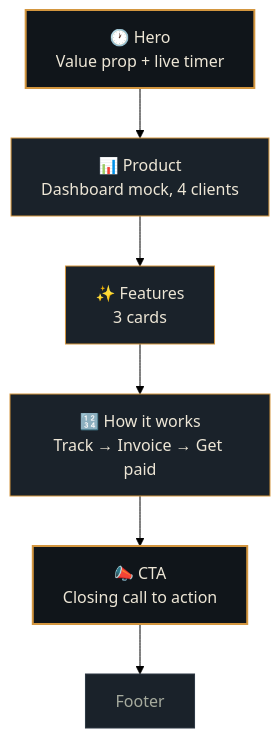
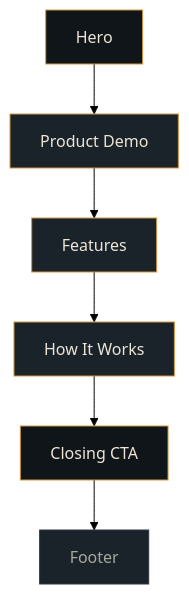
One commit to HiteshTh/stint-landing changed the diagram in README.md. Above: the diagram before and after it, drawn with Mermaid (forest theme). The commit also changed other lines of this file, not shown here.

Commit message:
Revise flowchart and section descriptions in README
Updated flowchart and table content for clarity.

````diff
--- a/README.md
+++ b/README.md
@@ -66,15 +66,15 @@
 ```mermaid
 flowchart TD
-    A["🕐 Hero<br/>Value prop + live timer"] --> B["📊 Product<br/>Dashboard mock, 4 clients"]
-    B --> C["✨ Features<br/>3 cards"]
-    C --> D["🔢 How it works<br/>Track → Invoice → Get paid"]
-    D --> E["📣 CTA<br/>Closing call to action"]
-    E --> F["Footer"]
+    A[Hero] --> B[Product Demo]
+    B --> C[Features]
+    C --> D[How It Works]
+    D --> E[Closing CTA]
+    E --> F[Footer]
 
-    style A fill:#10151A,stroke:#D3963F,stroke-width:2px,color:#EDE6D6
+    style A fill:#10151A,stroke:#D3963F,color:#EDE6D6
     style B fill:#1A222A,stroke:#D3963F,color:#EDE6D6
     style C fill:#1A222A,stroke:#D3963F,color:#EDE6D6
     style D fill:#1A222A,stroke:#D3963F,color:#EDE6D6
-    style E fill:#10151A,stroke:#D3963F,stroke-width:2px,color:#EDE6D6
+    style E fill:#10151A,stroke:#D3963F,color:#EDE6D6
     style F fill:#1A222A,stroke:#2C3742,color:#A6AB9E
 ```
````
